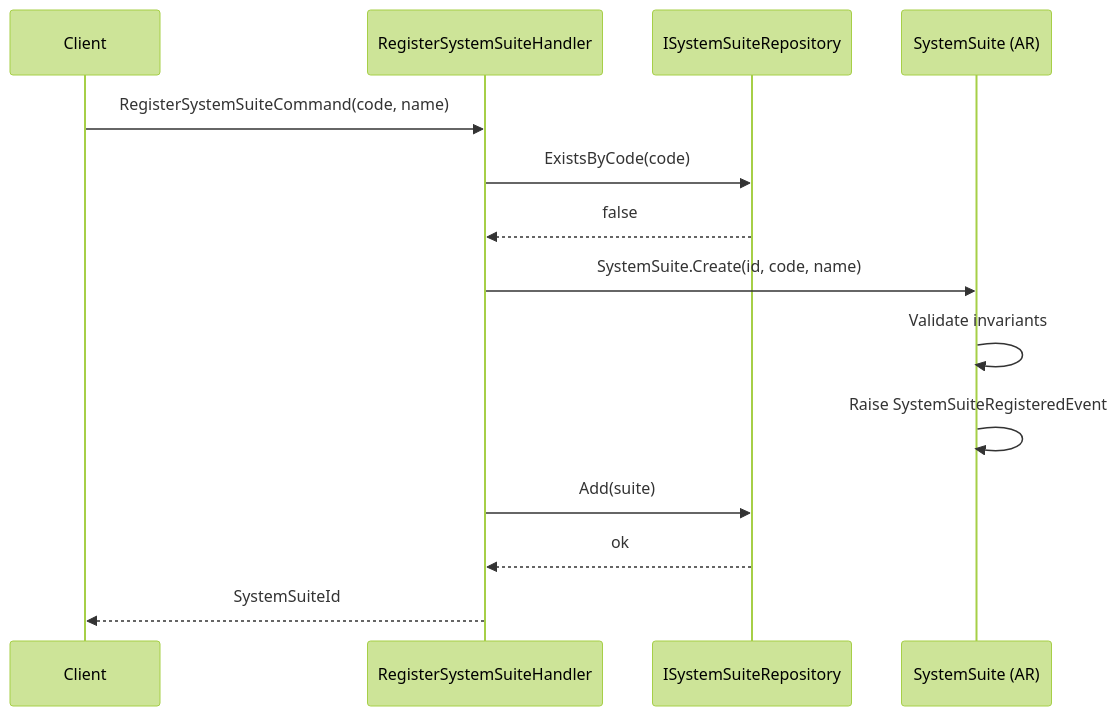
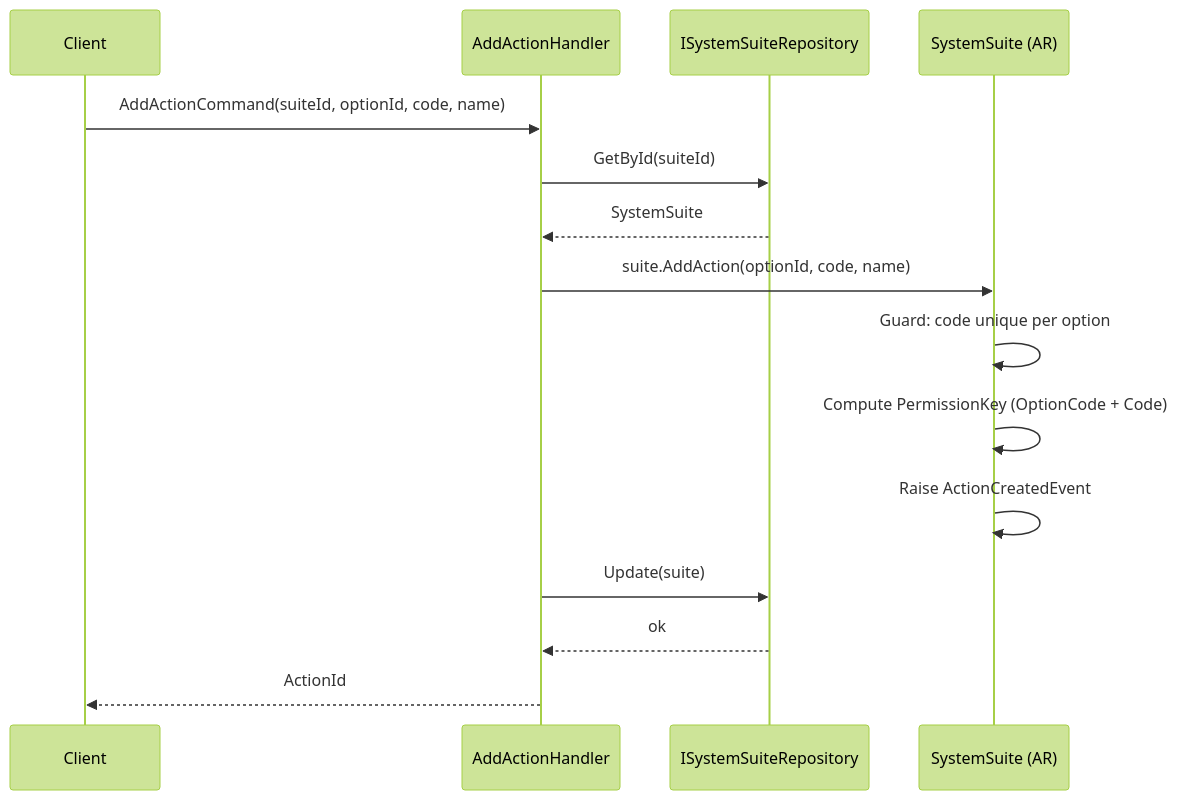
One commit to beyondnetcode/ums changed the second of 4 diagrams in docs/domain/authorization/system-suite.md. Above: the diagram before and after it, drawn with Mermaid (forest theme). The commit also changed other lines of this file and 19 other files, not shown here.

````diff
--- a/docs/domain/authorization/system-suite.md
+++ b/docs/domain/authorization/system-suite.md
@@ -127,17 +186,18 @@
 ```mermaid
 sequenceDiagram
     participant C as Client
-    participant H as RegisterSystemSuiteHandler
+    participant H as AddActionHandler
     participant R as ISystemSuiteRepository
     participant S as SystemSuite (AR)
 
-    C->>H: RegisterSystemSuiteCommand(code, name)
-    H->>R: ExistsByCode(code)
-    R-->>H: false
-    H->>S: SystemSuite.Create(id, code, name)
-    S->>S: Validate invariants
-    S->>S: Raise SystemSuiteRegisteredEvent
-    H->>R: Add(suite)
+    C->>H: AddActionCommand(suiteId, optionId, code, name)
+    H->>R: GetById(suiteId)
+    R-->>H: SystemSuite
+    H->>S: suite.AddAction(optionId, code, name)
+    S->>S: Guard: code unique per option
+    S->>S: Compute PermissionKey (OptionCode + Code)
+    S->>S: Raise ActionCreatedEvent
+    H->>R: Update(suite)
     R-->>H: ok
-    H-->>C: SystemSuiteId
+    H-->>C: ActionId
 ```
````
